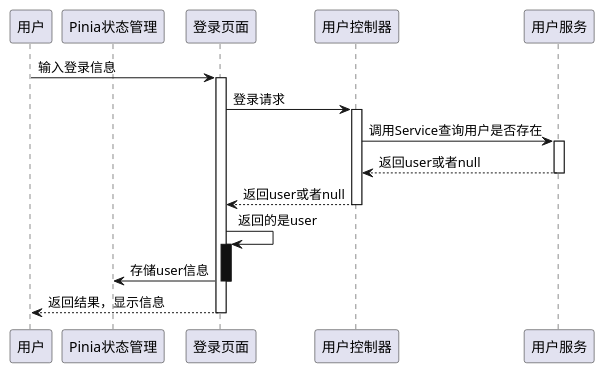
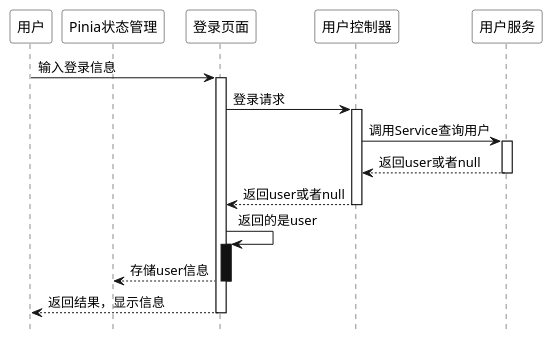
One commit to coderyjc/certificate_analysis changed the diagram in resouces/drawio/UML_Sequence/login.puml. Above: the diagram before and after it, drawn with PlantUML. The commit also changed 12 other files, not shown here.

Commit message:
更新UML序列图

```diff
--- a/resouces/drawio/UML_Sequence/login.puml
+++ b/resouces/drawio/UML_Sequence/login.puml
@@ -1,32 +1,38 @@
 @startuml login
+
+hide footbox
+skinparam sequence {
+  ParticipantBackgroundColor #ffffff
+  ParticipantFontColor #000000
+}
 
 participant 用户 order 0
 participant Pinia状态管理 order 1
 participant 登录页面 order 2
 participant 用户控制器 order 3
 participant 用户服务 order 4
 
 
 用户 -> 登录页面: 输入登录信息
 activate 登录页面
 
 登录页面 -> 用户控制器: 登录请求
 activate 用户控制器
 
-用户控制器 -> 用户服务: 调用Service查询用户是否存在
+用户控制器 -> 用户服务: 调用Service查询用户
 activate 用户服务
 用户服务 --> 用户控制器: 返回user或者null
 deactivate 用户服务
 
 用户控制器 --> 登录页面: 返回user或者null
 deactivate 用户控制器
 
 登录页面 -> 登录页面: 返回的是user
 
 activate 登录页面 #1
-登录页面 -> Pinia状态管理: 存储user信息
+登录页面 --> Pinia状态管理: 存储user信息
 deactivate 登录页面 #1
 
 登录页面 --> 用户: 返回结果，显示信息
 deactivate 登录页面
 @enduml
```
